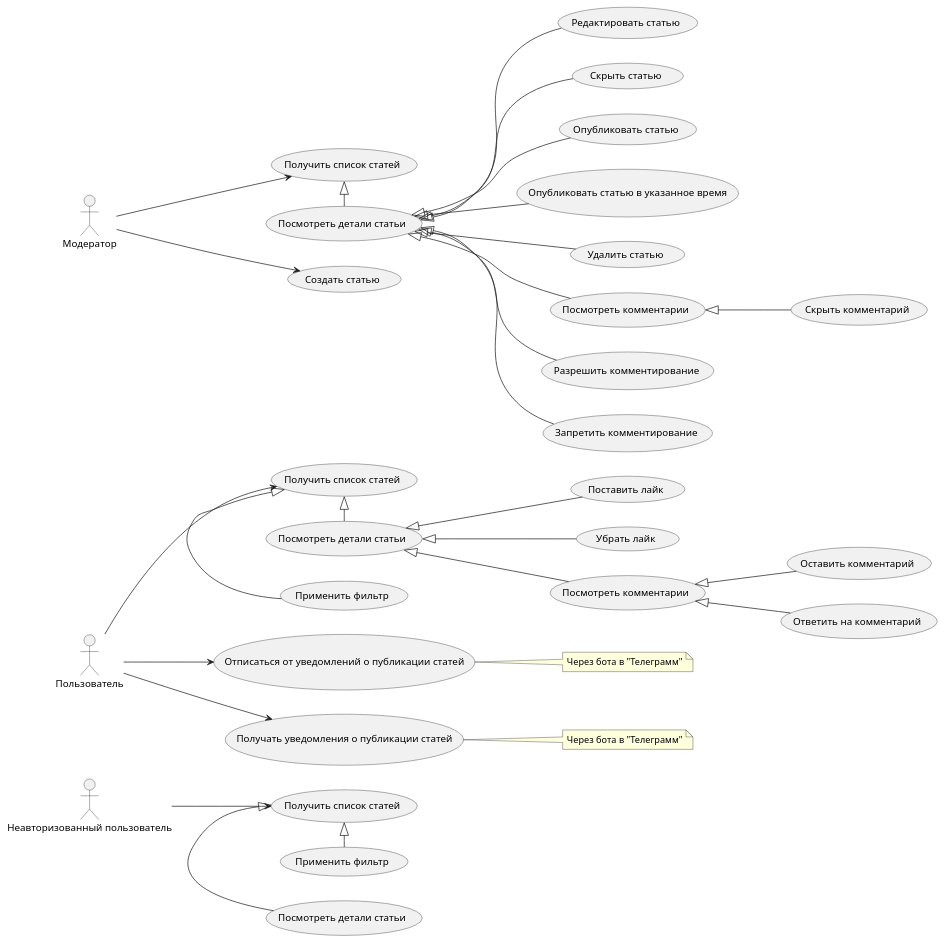
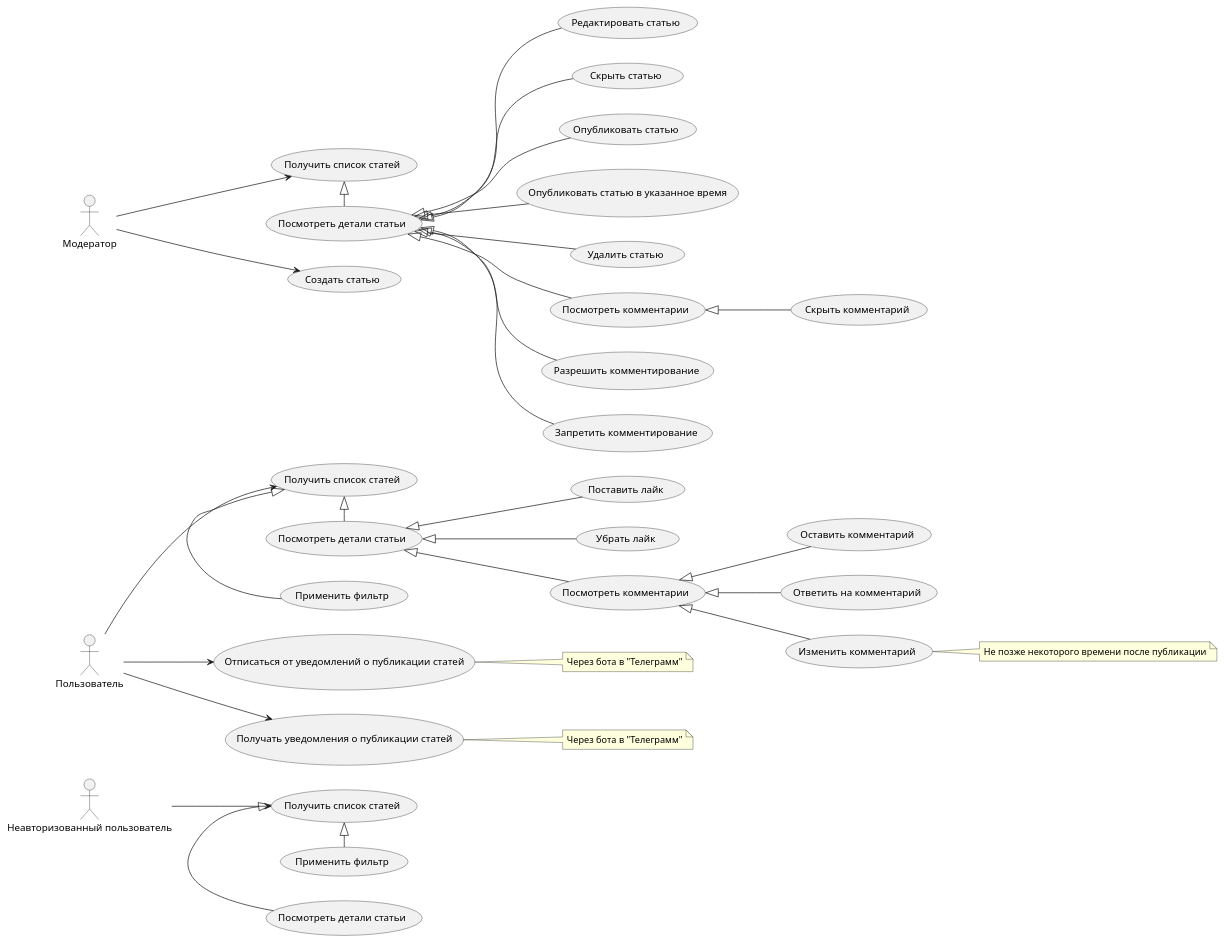
Before and after one commit to Nike073i/road-safety: the diagram in docs/design/usecases/articles.puml, drawn with PlantUML.

Commit message:
add: UC Редактирование комментария
Добавлен UC редактирования комментария с комментарием по ограничению времени

```diff
--- a/docs/design/usecases/articles.puml
+++ b/docs/design/usecases/articles.puml
@@ -1,81 +1,87 @@
 @startuml articles
 
 left to right direction
 
 ' Неавторизованный пользователь
     actor "Неавторизованный пользователь" as UnknownUser
 
     usecase "Получить список статей" as uc_guest_get_articles
     usecase "Посмотреть детали статьи" as uc_guest_get_article_details
     usecase "Применить фильтр" as uc_guest_get_articles_by_filter
 
     uc_guest_get_articles <|- uc_guest_get_article_details
     uc_guest_get_articles <|- uc_guest_get_articles_by_filter
     
     UnknownUser --> uc_guest_get_articles
 
 ' Пользователь
     actor "Пользователь" as User
 
     usecase "Получить список статей" as uc_user_get_articles
     usecase "Применить фильтр" as uc_user_get_articles_by_filter
     usecase "Посмотреть детали статьи" as uc_user_get_article_details
     usecase "Посмотреть комментарии" as uc_user_get_article_comments
     usecase "Поставить лайк" as uc_like_article
     usecase "Убрать лайк" as uc_unlike_article
     usecase "Оставить комментарий" as uc_publish_comment
     usecase "Ответить на комментарий" as uc_reply_comment
+    usecase "Изменить комментарий" as uc_edit_comment
     usecase "Получать уведомления о публикации статей" as uc_subscribe_new_articles
     usecase "Отписаться от уведомлений о публикации статей" as uc_unsubscribe_new_articles
 
     note right of uc_subscribe_new_articles
         Через бота в "Телеграмм"
     end note
 
     note right of uc_unsubscribe_new_articles
         Через бота в "Телеграмм"
     end note
 
+    note right of uc_edit_comment
+        Не позже некоторого времени после публикации
+    end note
+
     uc_user_get_articles <|- uc_user_get_articles_by_filter
     uc_user_get_articles <|- uc_user_get_article_details
     uc_user_get_article_details <|-- uc_like_article
     uc_user_get_article_details <|-- uc_unlike_article
     uc_user_get_article_details <|-- uc_user_get_article_comments
     uc_user_get_article_comments <|-- uc_publish_comment
     uc_user_get_article_comments <|-- uc_reply_comment
+    uc_user_get_article_comments <|-- uc_edit_comment
 
     User --> uc_user_get_articles
     User --> uc_subscribe_new_articles
     User --> uc_unsubscribe_new_articles
 
 ' Модератор пользователь
     actor "Модератор" as Moderator
     
     usecase "Получить список статей" as uc_moderator_get_articles
     usecase "Посмотреть детали статьи" as uc_moderator_get_article_details
     usecase "Создать статью" as uc_create_article
     usecase "Редактировать статью" as uc_edit_arrticle
     usecase "Скрыть статью" as uc_hide_article
     usecase "Опубликовать статью" as uc_publish_article
     usecase "Опубликовать статью в указанное время" as uc_publish_article_at_time
     usecase "Удалить статью" as uc_remove_article
     usecase "Посмотреть комментарии" as uc_moderator_get_article_comments
     usecase "Разрешить комментирование" as uc_enable_comments
     usecase "Запретить комментирование" as uc_disable_comments
     usecase "Скрыть комментарий" as uc_hide_comment
 
     uc_moderator_get_articles <|- uc_moderator_get_article_details
     uc_moderator_get_article_details <|--uc_edit_arrticle
     uc_moderator_get_article_details <|--uc_hide_article
     uc_moderator_get_article_details <|--uc_publish_article
     uc_moderator_get_article_details <|--uc_publish_article_at_time
     uc_moderator_get_article_details <|--uc_remove_article
     uc_moderator_get_article_details <|--uc_enable_comments
     uc_moderator_get_article_details <|--uc_disable_comments
     uc_moderator_get_article_details <|--uc_moderator_get_article_comments
     uc_moderator_get_article_comments <|--uc_hide_comment
 
     Moderator --> uc_moderator_get_articles
     Moderator --> uc_create_article
 
 @enduml
```
